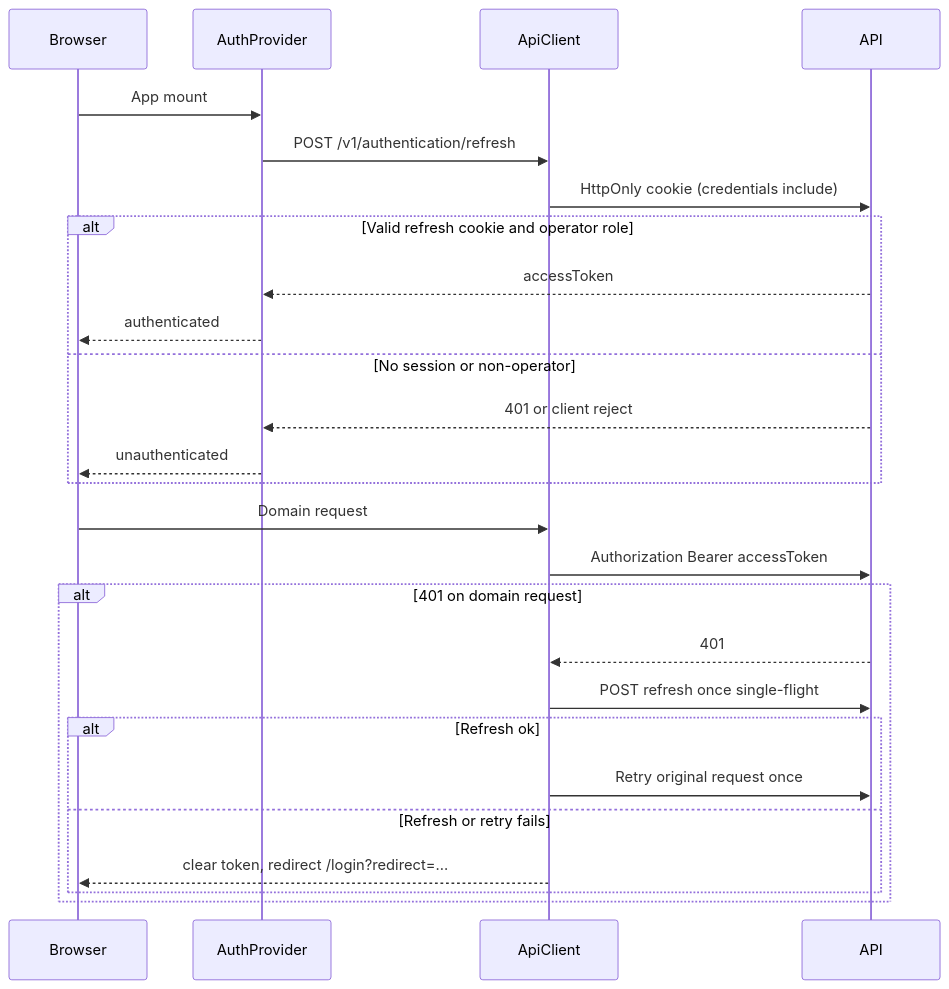
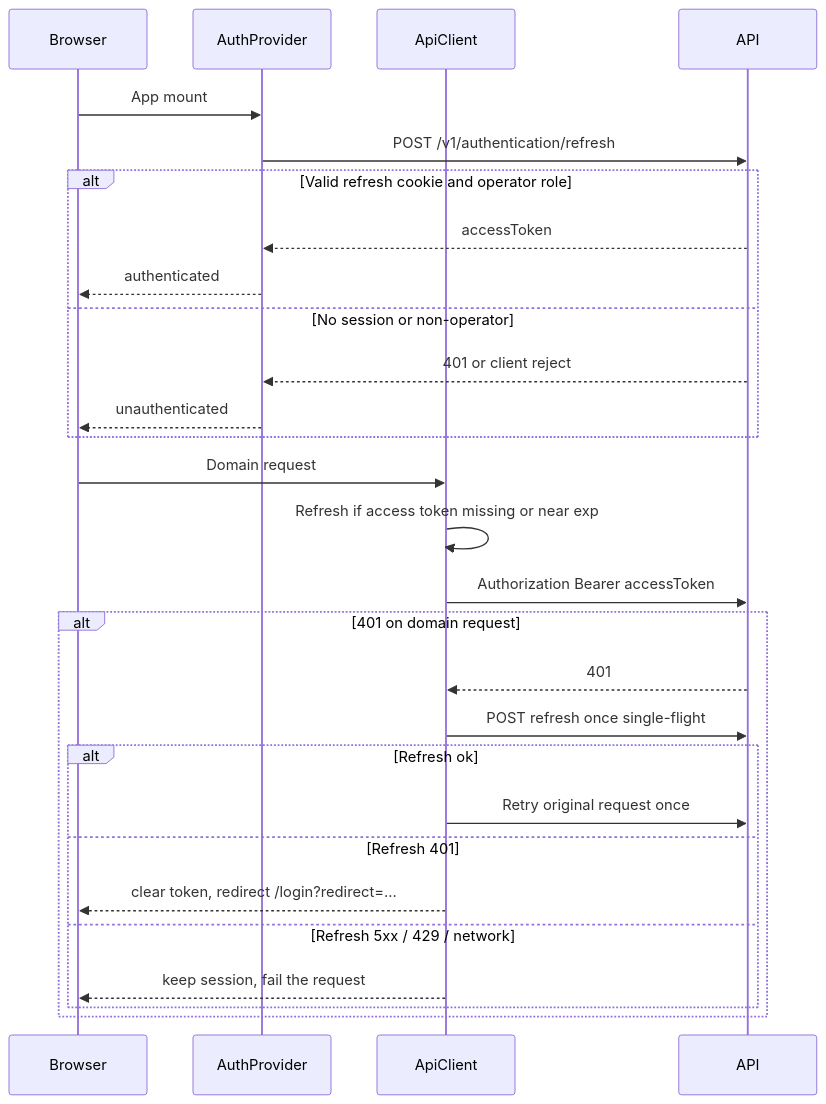
One commit to raouf-b-dev/ecommerce-admin-dashboard changed the second of 2 diagrams in docs/architecture/ARCHITECTURE.md. Above: the diagram before and after it, drawn with Mermaid. The commit also changed other lines of this file and 5 other files, not shown here.

First line of the commit message:
feat: enhance authentication flow with session persistence and error handling

````diff
--- a/docs/architecture/ARCHITECTURE.md
+++ b/docs/architecture/ARCHITECTURE.md
@@ -56,30 +56,32 @@
 ```mermaid
 sequenceDiagram
     participant Browser
     participant AuthProvider
     participant ApiClient
     participant API
 
     Browser->>AuthProvider: App mount
-    AuthProvider->>ApiClient: POST /v1/authentication/refresh
-    ApiClient->>API: HttpOnly cookie (credentials include)
+    AuthProvider->>API: POST /v1/authentication/refresh
     alt Valid refresh cookie and operator role
         API-->>AuthProvider: accessToken
         AuthProvider-->>Browser: authenticated
     else No session or non-operator
         API-->>AuthProvider: 401 or client reject
         AuthProvider-->>Browser: unauthenticated
     end
 
     Browser->>ApiClient: Domain request
+    ApiClient->>ApiClient: Refresh if access token missing or near exp
     ApiClient->>API: Authorization Bearer accessToken
     alt 401 on domain request
         API-->>ApiClient: 401
         ApiClient->>API: POST refresh once single-flight
         alt Refresh ok
             ApiClient->>API: Retry original request once
-        else Refresh or retry fails
+        else Refresh 401
             ApiClient-->>Browser: clear token, redirect /login?redirect=...
+        else Refresh 5xx / 429 / network
+            ApiClient-->>Browser: keep session, fail the request
         end
     end
 ```
````
